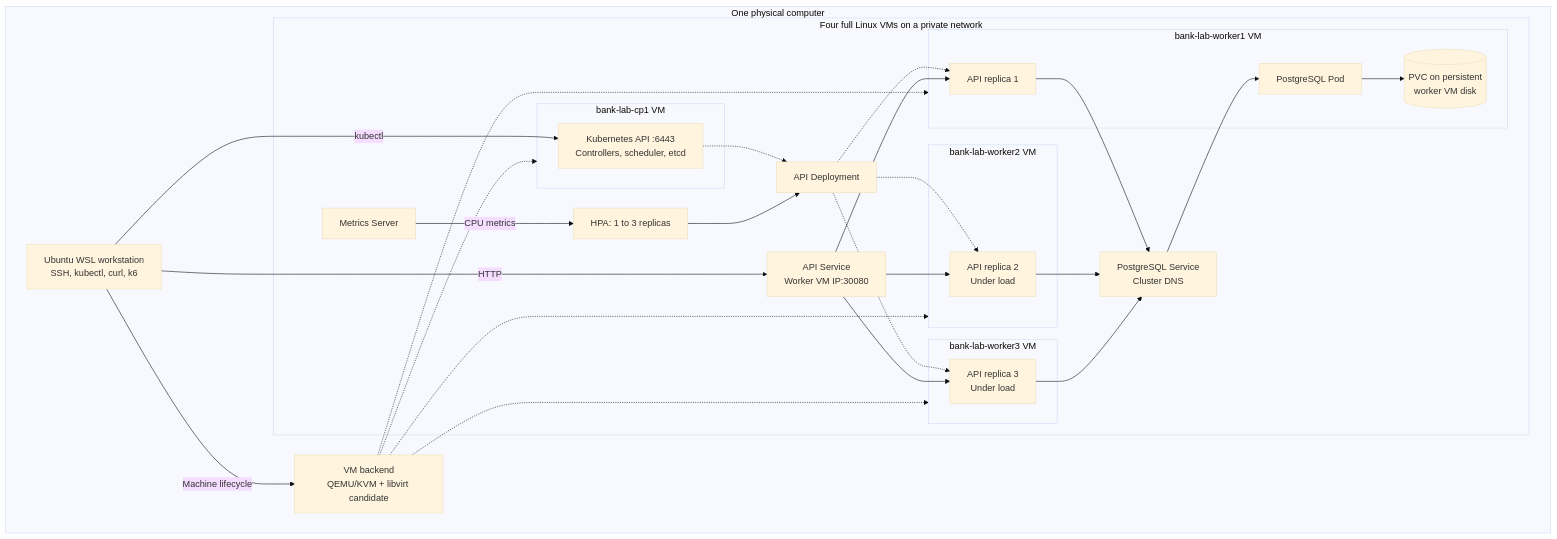
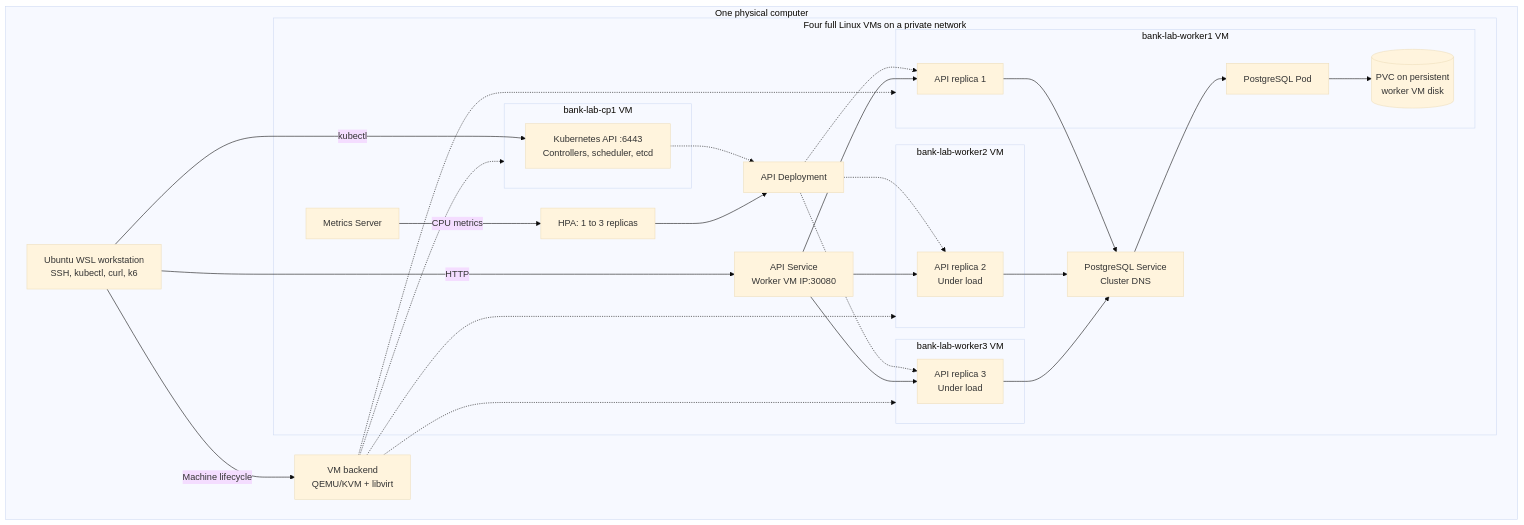
Before and after one commit to Adamko5/k8s_practice_rest: the diagram in ARCHITECTURE.md, drawn with Mermaid (base theme). The commit also changed other lines of this file and 12 other files, not shown here.

````diff
--- a/ARCHITECTURE.md
+++ b/ARCHITECTURE.md
@@ -1,56 +1,56 @@
 ```mermaid
 flowchart TB
     subgraph HOST["One physical computer"]
         OP["Ubuntu WSL workstation<br/>SSH, kubectl, curl, k6"]
-        VIRT["VM backend<br/>QEMU/KVM + libvirt candidate"]
+        VIRT["VM backend<br/>QEMU/KVM + libvirt"]
 
         subgraph CLUSTER["Four full Linux VMs on a private network"]
             subgraph CP["bank-lab-cp1 VM"]
                 CONTROL["Kubernetes API :6443<br/>Controllers, scheduler, etcd"]
             end
 
             SERVICE["API Service<br/>Worker VM IP:30080"]
             DEPLOY["API Deployment"]
             HPA["HPA: 1 to 3 replicas"]
             METRICS["Metrics Server"]
             DBSERVICE["PostgreSQL Service<br/>Cluster DNS"]
 
             subgraph W1["bank-lab-worker1 VM"]
                 API1["API replica 1"]
                 DB["PostgreSQL Pod"]
                 DATA[("PVC on persistent<br/>worker VM disk")]
             end
 
             subgraph W2["bank-lab-worker2 VM"]
                 API2["API replica 2<br/>Under load"]
             end
 
             subgraph W3["bank-lab-worker3 VM"]
                 API3["API replica 3<br/>Under load"]
             end
 
             CONTROL -.-> DEPLOY
             METRICS -->|CPU metrics| HPA
             HPA --> DEPLOY
             DEPLOY -.-> API1
             DEPLOY -.-> API2
             DEPLOY -.-> API3
             SERVICE --> API1
             SERVICE --> API2
             SERVICE --> API3
             API1 --> DBSERVICE
             API2 --> DBSERVICE
             API3 --> DBSERVICE
             DBSERVICE --> DB
             DB --> DATA
         end
 
         OP -->|Machine lifecycle| VIRT
         VIRT -.-> CP
         VIRT -.-> W1
         VIRT -.-> W2
         VIRT -.-> W3
         OP -->|kubectl| CONTROL
         OP -->|HTTP| SERVICE
     end
 ```
````
